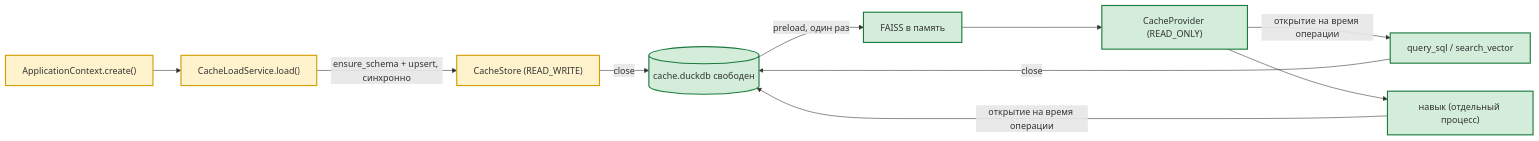
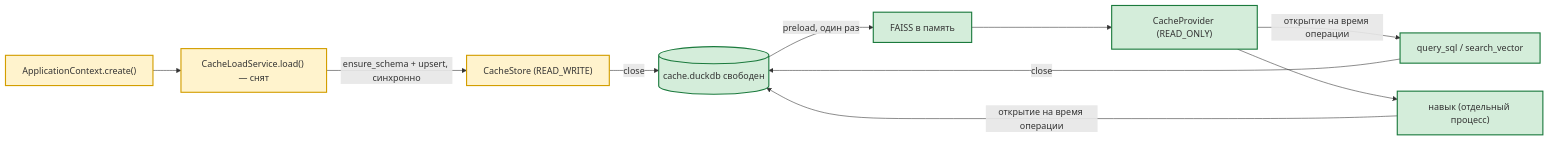
The diagram in docs/DATABASE.md (AlexEgorov85/workspaces_nanobot), drawn with Mermaid before and after one commit. The commit also changed other lines of this file and 11 other files, not shown here.

````diff
--- a/docs/DATABASE.md
+++ b/docs/DATABASE.md
@@ -307,16 +316,16 @@
 ```mermaid
 flowchart LR
-    CREATE["ApplicationContext.create()"] --> LOAD["CacheLoadService.load()"]
+    CREATE["ApplicationContext.create()"] --> LOAD["CacheLoadService.load() — снят"]
     LOAD -->|ensure_schema + upsert, синхронно| RW["CacheStore (READ_WRITE)"]
     RW -->|close| FREE[("cache.duckdb свободен")]
     FREE -->|preload, один раз| FAISS["FAISS в память"]
     FAISS --> PROV["CacheProvider (READ_ONLY)"]
     PROV -->|открытие на время операции| QUERY["query_sql / search_vector"]
     QUERY -->|close| FREE
     PROV --> SKILL["навык (отдельный процесс)"]
     SKILL -->|открытие на время операции| FREE
     classDef core fill:#fff3cd,stroke:#d39e00,stroke-width:2px
     classDef infra fill:#d4edda,stroke:#1b7a3d,stroke-width:2px
     class CREATE,LOAD,RW core
     class FREE,FAISS,PROV,QUERY,SKILL infra
 ```
````
